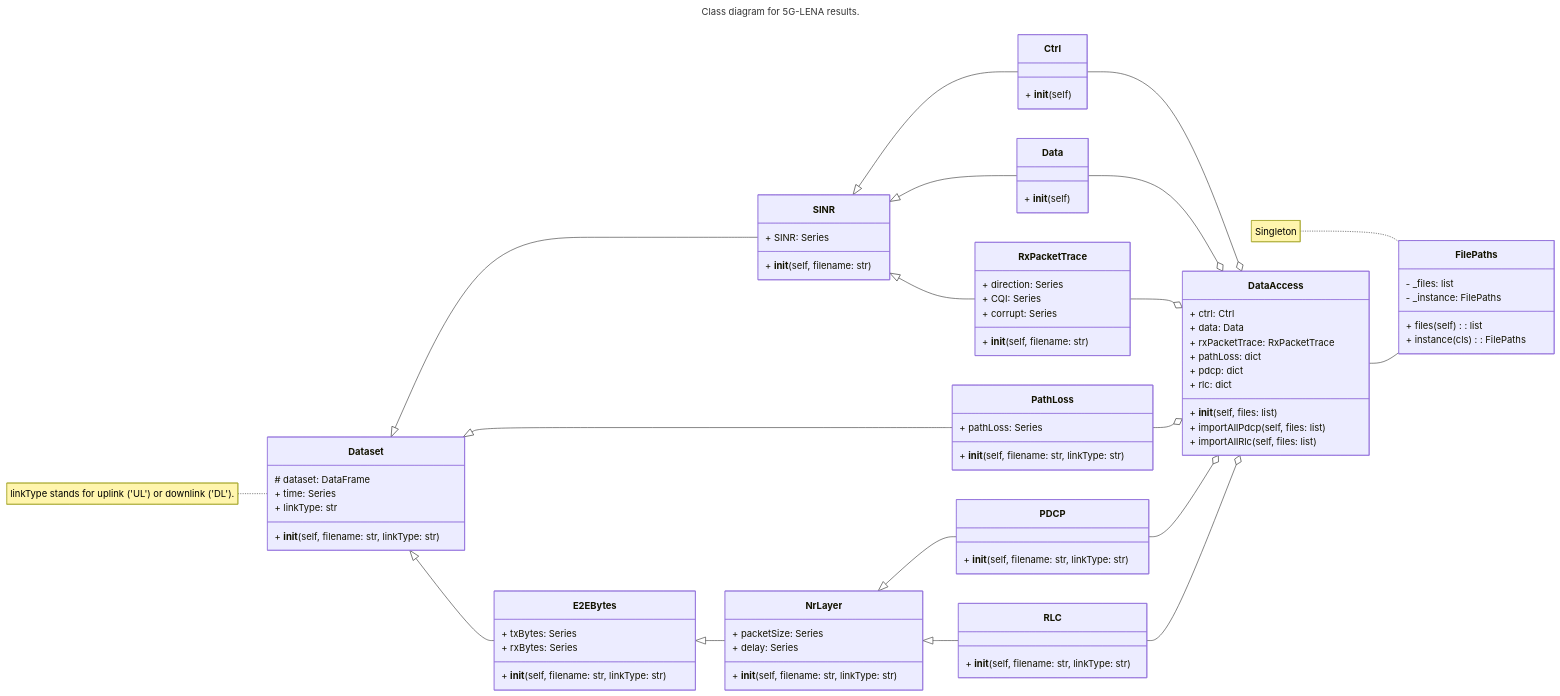
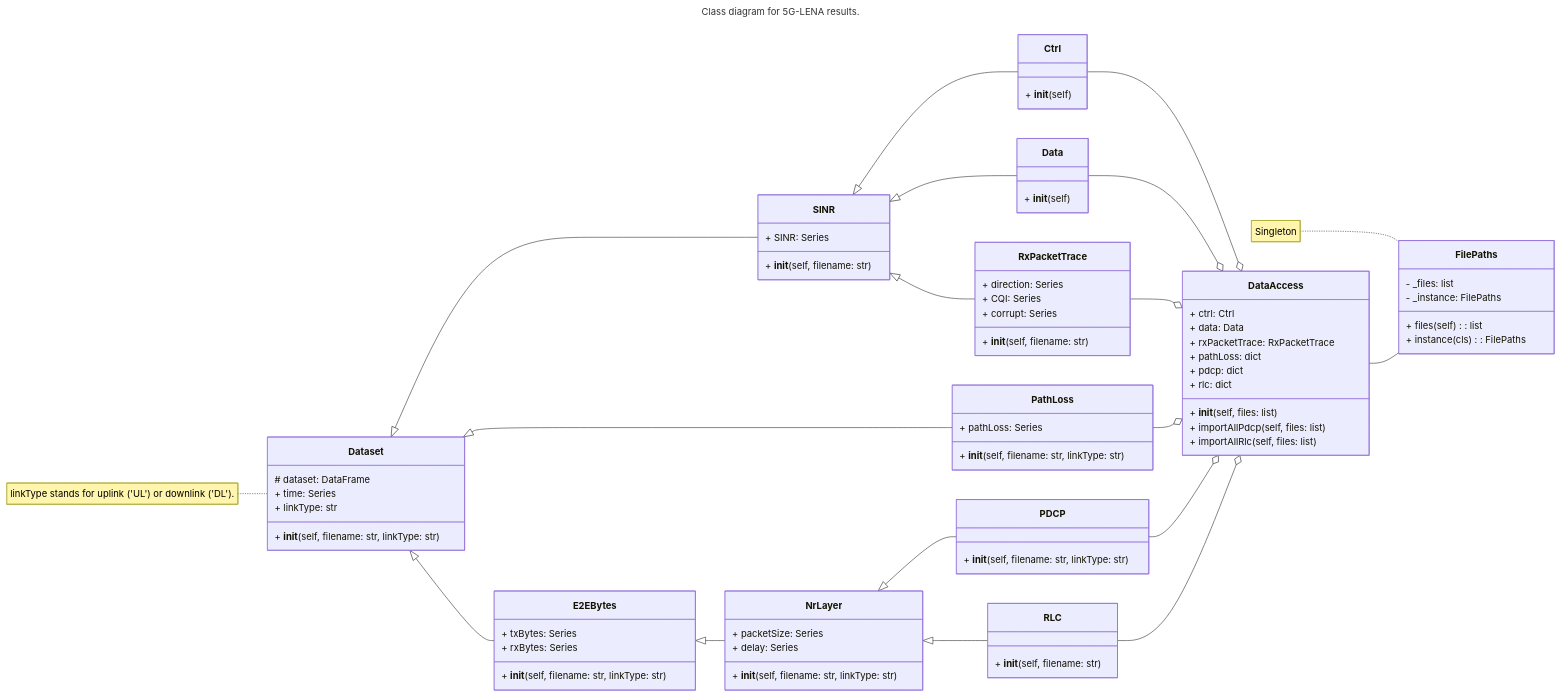
One commit to victorZoro/tcc5g-microoperators changed the diagram in README.md. Above: the diagram before and after it, drawn with Mermaid. The commit also changed other lines of this file and 1 other file, not shown here.

```diff
--- a/README.md
+++ b/README.md
@@ -298,7 +290,7 @@
   }
 
   class RLC {
-    + __init__(self, filename: str, linkType: str)
+    + __init__(self, filename: str)
   }
 
   %% Inheritance
```
